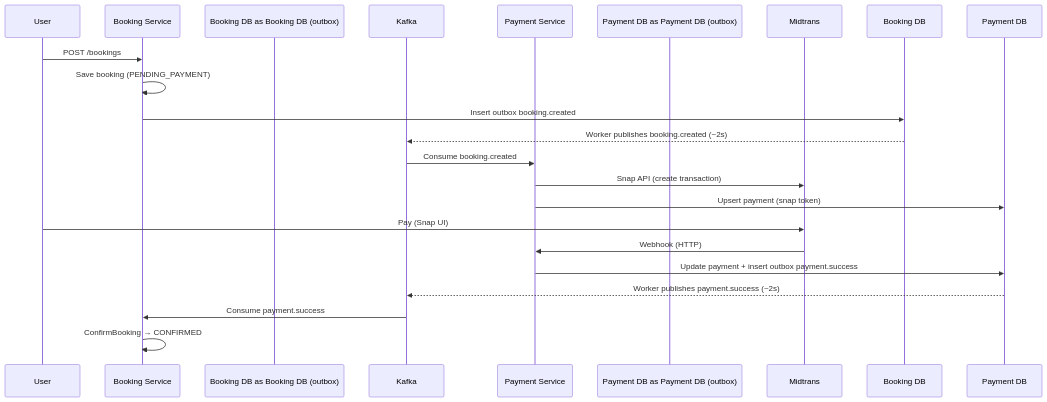
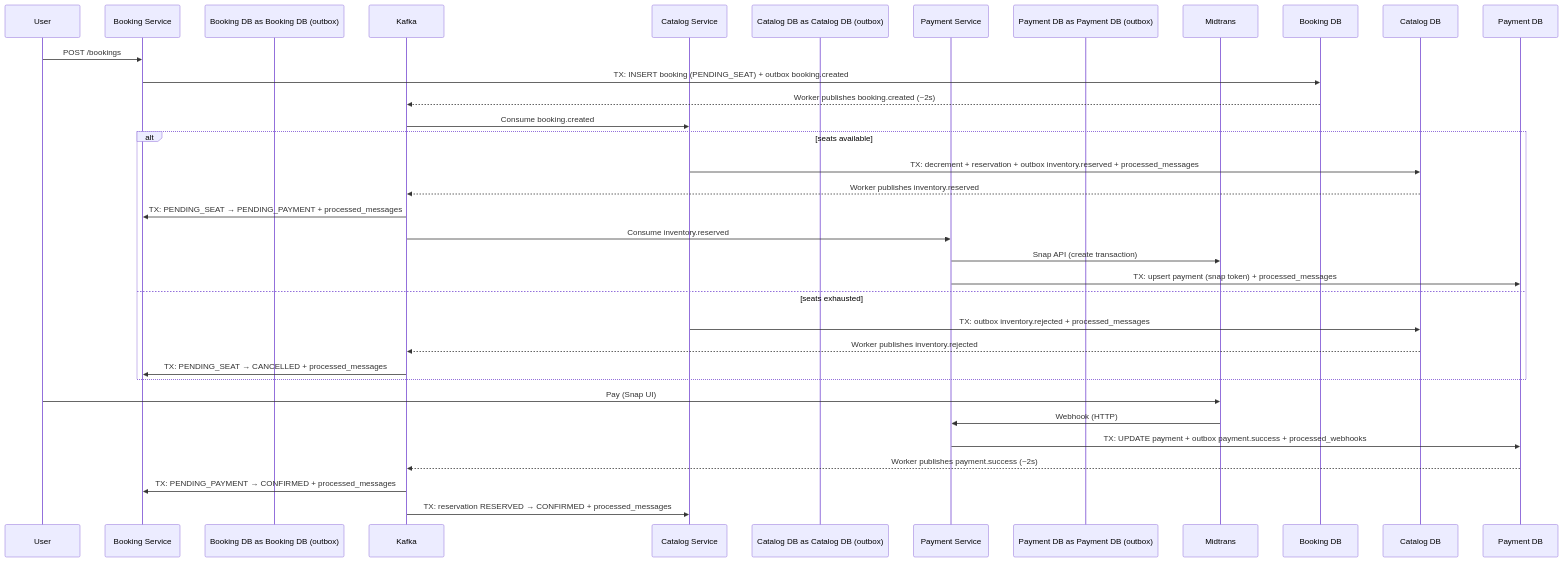
Before and after one commit to gavinadlan/tripnest: the diagram in README.md, drawn with Mermaid. The commit also changed other lines of this file and 27 other files, not shown here.

````diff
--- a/README.md
+++ b/README.md
@@ -33,24 +34,35 @@
 ```mermaid
 sequenceDiagram
     participant User
     participant Booking Service
     participant Booking DB as Booking DB (outbox)
     participant Kafka as Kafka
+    participant Catalog Service
+    participant Catalog DB as Catalog DB (outbox)
     participant Payment Service
     participant Payment DB as Payment DB (outbox)
     participant Midtrans
 
     User->>Booking Service: POST /bookings
-    Booking Service->>Booking Service: Save booking (PENDING_PAYMENT)
-    Booking Service->>Booking DB: Insert outbox booking.created
+    Booking Service->>Booking DB: TX: INSERT booking (PENDING_SEAT) + outbox booking.created
     Booking DB-->>Kafka: Worker publishes booking.created (~2s)
-    Kafka->>Payment Service: Consume booking.created
-    Payment Service->>Midtrans: Snap API (create transaction)
-    Payment Service->>Payment DB: Upsert payment (snap token)
+    Kafka->>Catalog Service: Consume booking.created
+    alt seats available
+        Catalog Service->>Catalog DB: TX: decrement + reservation + outbox inventory.reserved + processed_messages
+        Catalog DB-->>Kafka: Worker publishes inventory.reserved
+        Kafka->>Booking Service: TX: PENDING_SEAT → PENDING_PAYMENT + processed_messages
+        Kafka->>Payment Service: Consume inventory.reserved
+        Payment Service->>Midtrans: Snap API (create transaction)
+        Payment Service->>Payment DB: TX: upsert payment (snap token) + processed_messages
+    else seats exhausted
+        Catalog Service->>Catalog DB: TX: outbox inventory.rejected + processed_messages
+        Catalog DB-->>Kafka: Worker publishes inventory.rejected
+        Kafka->>Booking Service: TX: PENDING_SEAT → CANCELLED + processed_messages
+    end
     User->>Midtrans: Pay (Snap UI)
     Midtrans->>Payment Service: Webhook (HTTP)
-    Payment Service->>Payment DB: Update payment + insert outbox payment.success
+    Payment Service->>Payment DB: TX: UPDATE payment + outbox payment.success + processed_webhooks
     Payment DB-->>Kafka: Worker publishes payment.success (~2s)
-    Kafka->>Booking Service: Consume payment.success
-    Booking Service->>Booking Service: ConfirmBooking → CONFIRMED
+    Kafka->>Booking Service: TX: PENDING_PAYMENT → CONFIRMED + processed_messages
+    Kafka->>Catalog Service: TX: reservation RESERVED → CONFIRMED + processed_messages
 ```
````
